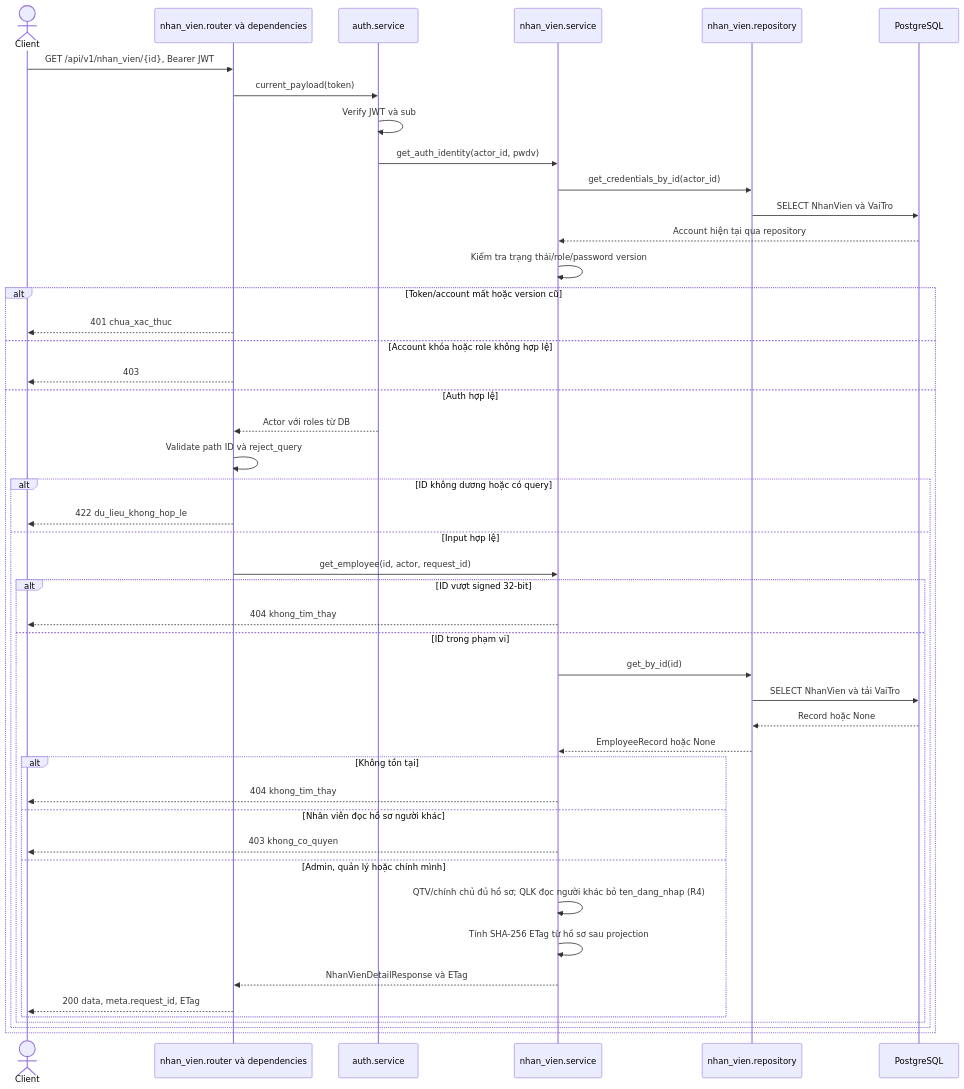
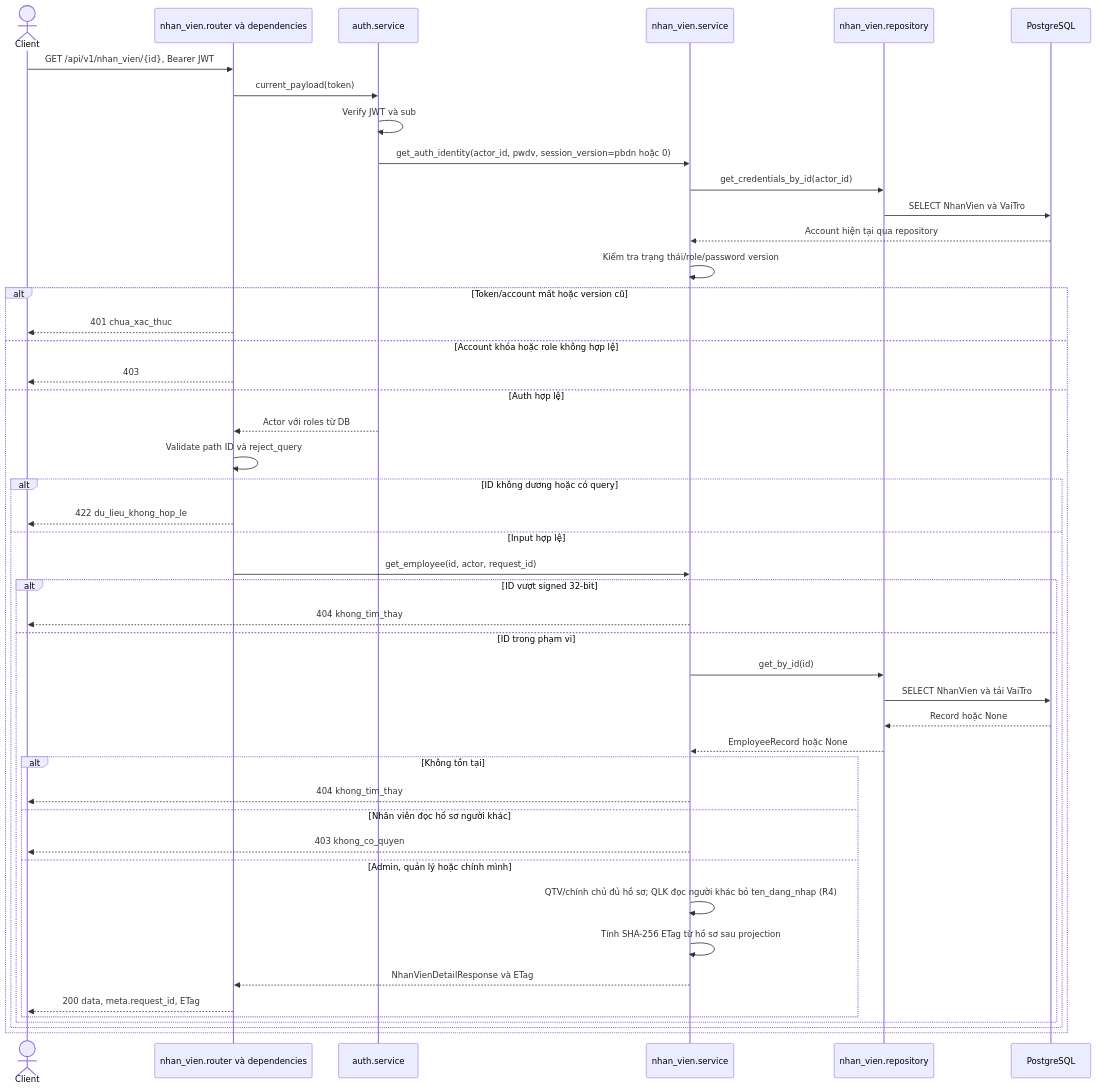
Before and after one commit to thanhklt/xbike-mrp-system: the second of 9 diagrams in docs/sequence/nhan_vien.md, drawn with Mermaid. The commit also changed other lines of this file and 14 other files, not shown here.

````diff
--- a/docs/sequence/nhan_vien.md
+++ b/docs/sequence/nhan_vien.md
@@ -71,48 +73,48 @@
 ```mermaid
 sequenceDiagram
     actor C as Client
     participant R as nhan_vien.router và dependencies
     participant A as auth.service
     participant N as nhan_vien.service
     participant P as nhan_vien.repository
     participant DB as PostgreSQL
     C->>R: GET /api/v1/nhan_vien/{id}, Bearer JWT
     R->>A: current_payload(token)
     A->>A: Verify JWT và sub
-    A->>N: get_auth_identity(actor_id, pwdv)
+    A->>N: get_auth_identity(actor_id, pwdv, session_version=pbdn hoặc 0)
     N->>P: get_credentials_by_id(actor_id)
     P->>DB: SELECT NhanVien và VaiTro
     DB-->>N: Account hiện tại qua repository
     N->>N: Kiểm tra trạng thái/role/password version
     alt Token/account mất hoặc version cũ
         R-->>C: 401 chua_xac_thuc
     else Account khóa hoặc role không hợp lệ
         R-->>C: 403
     else Auth hợp lệ
         A-->>R: Actor với roles từ DB
         R->>R: Validate path ID và reject_query
         alt ID không dương hoặc có query
             R-->>C: 422 du_lieu_khong_hop_le
         else Input hợp lệ
             R->>N: get_employee(id, actor, request_id)
             alt ID vượt signed 32-bit
                 N-->>C: 404 khong_tim_thay
             else ID trong phạm vi
                 N->>P: get_by_id(id)
                 P->>DB: SELECT NhanVien và tải VaiTro
                 DB-->>P: Record hoặc None
                 P-->>N: EmployeeRecord hoặc None
                 alt Không tồn tại
                     N-->>C: 404 khong_tim_thay
                 else Nhân viên đọc hồ sơ người khác
                     N-->>C: 403 khong_co_quyen
                 else Admin, quản lý hoặc chính mình
                     N->>N: QTV/chính chủ đủ hồ sơ#59; QLK đọc người khác bỏ ten_dang_nhap (R4)
                     N->>N: Tính SHA-256 ETag từ hồ sơ sau projection
                     N-->>R: NhanVienDetailResponse và ETag
                     R-->>C: 200 data, meta.request_id, ETag
                 end
             end
         end
     end
 ```
````
